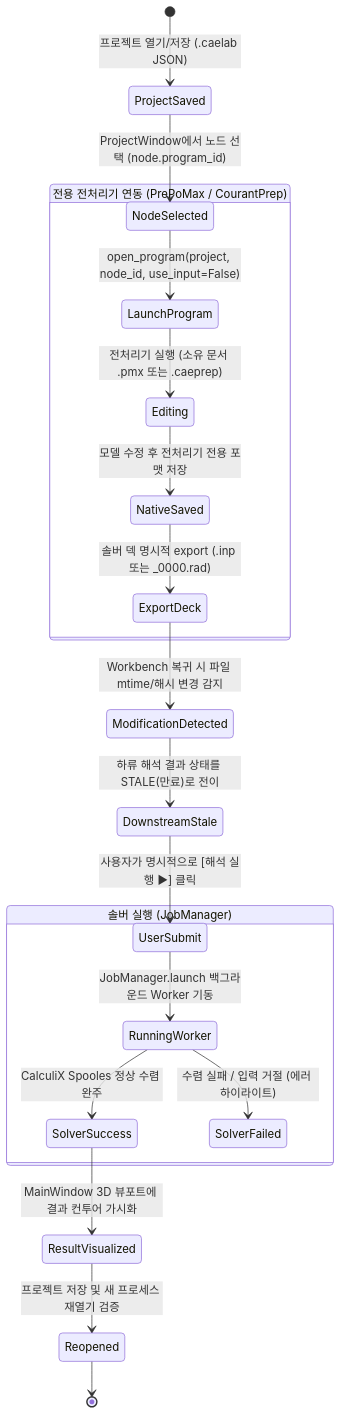
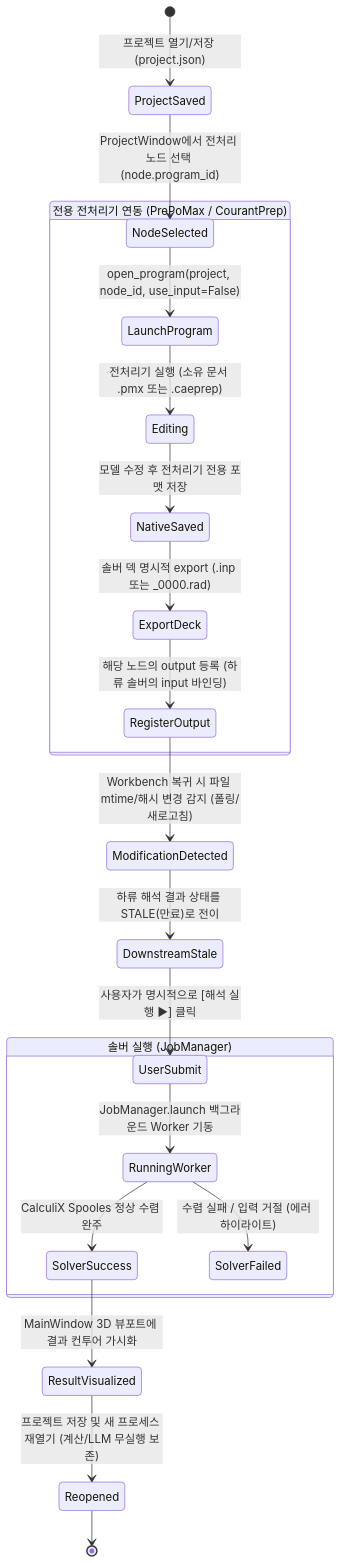
The diagram in docs/gui/commercial-cae-gui-spec.md (pikachu444/caelab-workbench), drawn with Mermaid before and after one commit. The commit also changed other lines of this file and 1 other file, not shown here.

````diff
--- a/docs/gui/commercial-cae-gui-spec.md
+++ b/docs/gui/commercial-cae-gui-spec.md
@@ -38,26 +39,27 @@
 ```mermaid
 stateDiagram-v2
-    [*] --> ProjectSaved: 프로젝트 열기/저장 (.caelab JSON)
-    ProjectSaved --> NodeSelected: ProjectWindow에서 노드 선택 (node.program_id)
+    [*] --> ProjectSaved: 프로젝트 열기/저장 (project.json)
+    ProjectSaved --> NodeSelected: ProjectWindow에서 전처리 노드 선택 (node.program_id)
     
     state "전용 전처리기 연동 (PrePoMax / CourantPrep)" as PreprocessorLifecycle {
         NodeSelected --> LaunchProgram: open_program(project, node_id, use_input=False)
         LaunchProgram --> Editing: 전처리기 실행 (소유 문서 .pmx 또는 .caeprep)
         Editing --> NativeSaved: 모델 수정 후 전처리기 전용 포맷 저장
         NativeSaved --> ExportDeck: 솔버 덱 명시적 export (.inp 또는 _0000.rad)
+        ExportDeck --> RegisterOutput: 해당 노드의 output 등록 (하류 솔버의 input 바인딩)
     }
     
-    ExportDeck --> ModificationDetected: Workbench 복귀 시 파일 mtime/해시 변경 감지
+    RegisterOutput --> ModificationDetected: Workbench 복귀 시 파일 mtime/해시 변경 감지 (폴링/새로고침)
     ModificationDetected --> DownstreamStale: 하류 해석 결과 상태를 STALE(만료)로 전이
     DownstreamStale --> UserSubmit: 사용자가 명시적으로 [해석 실행 ▶] 클릭
     
     state "솔버 실행 (JobManager)" as SolverExecution {
         UserSubmit --> RunningWorker: JobManager.launch 백그라운드 Worker 기동
         RunningWorker --> SolverSuccess: CalculiX Spooles 정상 수렴 완주
         RunningWorker --> SolverFailed: 수렴 실패 / 입력 거절 (에러 하이라이트)
     }
     
     SolverSuccess --> ResultVisualized: MainWindow 3D 뷰포트에 결과 컨투어 가시화
-    ResultVisualized --> Reopened: 프로젝트 저장 및 새 프로세스 재열기 검증
+    ResultVisualized --> Reopened: 프로젝트 저장 및 새 프로세스 재열기 (계산/LLM 무실행 보존)
     Reopened --> [*]
 ```
````
